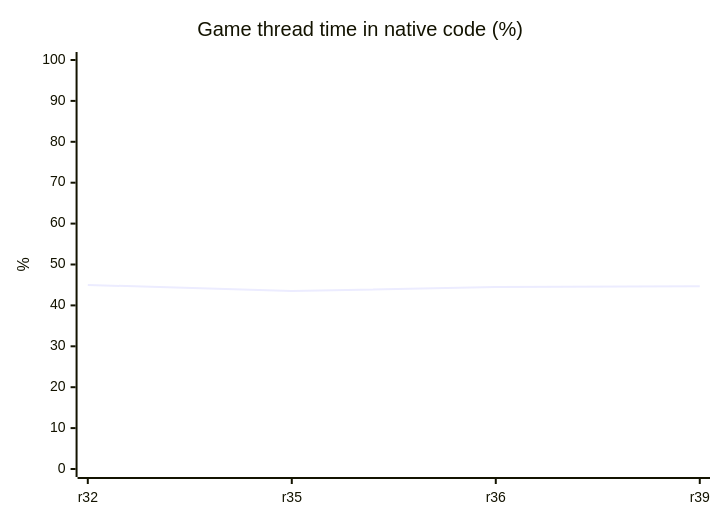
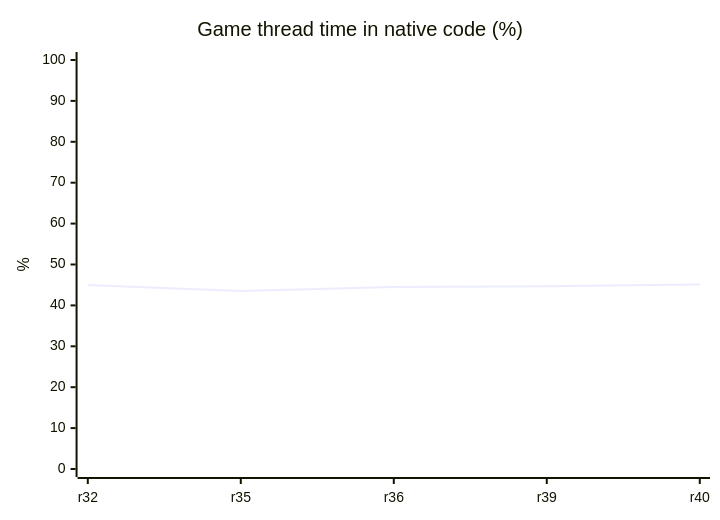
One commit to HenryKun55/celosia changed the diagram in README.md. Above: the diagram before and after it, drawn with Mermaid. The commit also changed other lines of this file and 9 other files, not shown here.

````diff
--- a/README.md
+++ b/README.md
@@ -245,7 +246,7 @@
 ```mermaid
 xychart-beta
     title "Game thread time in native code (%)"
-    x-axis ["r32", "r35", "r36", "r39"]
+    x-axis ["r32", "r35", "r36", "r39", "r40"]
     y-axis "%" 0 --> 100
-    line [45.0, 43.5, 44.5, 44.7]
+    line [45.0, 43.5, 44.5, 44.7, 45.1]
 ```
````
